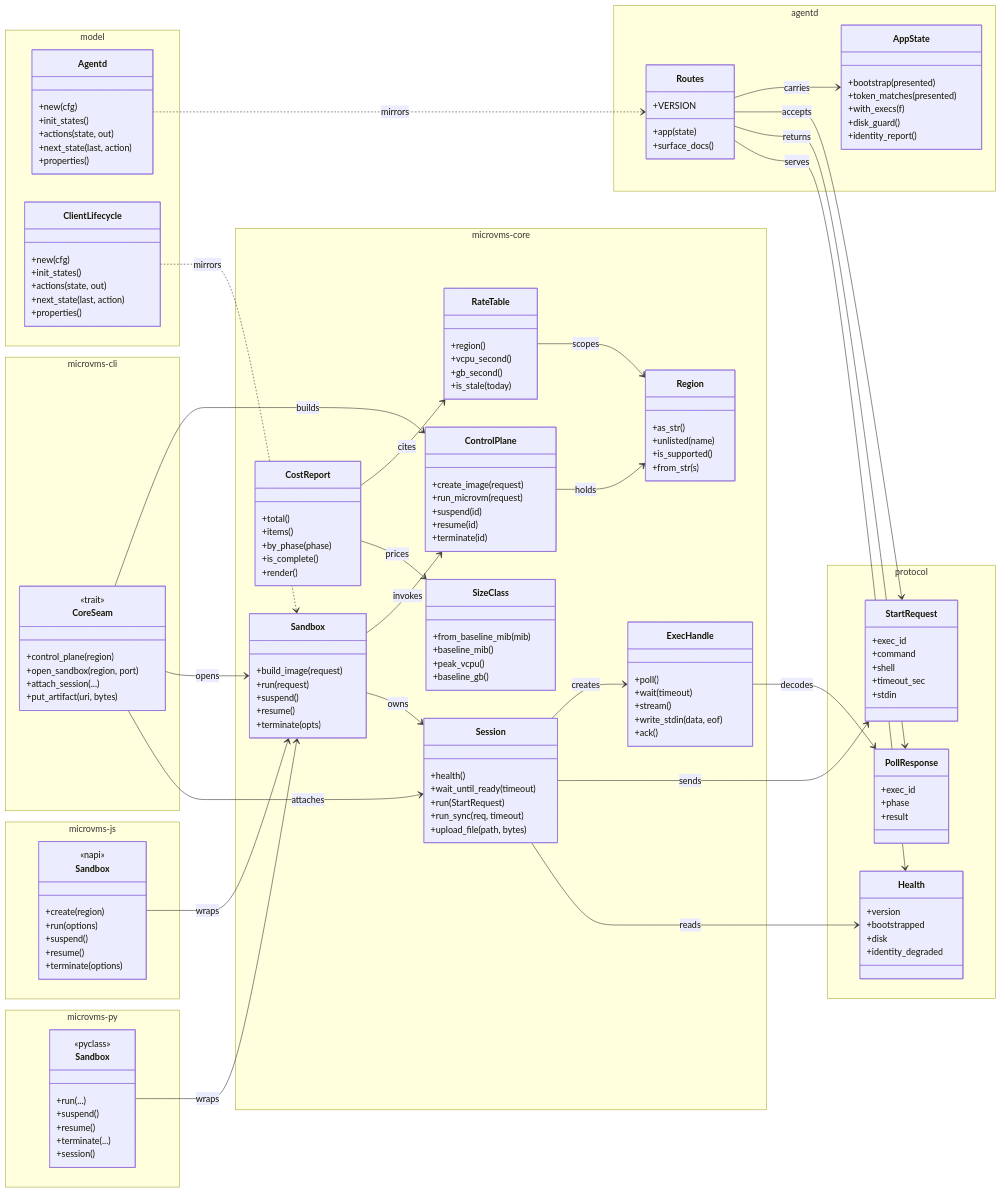
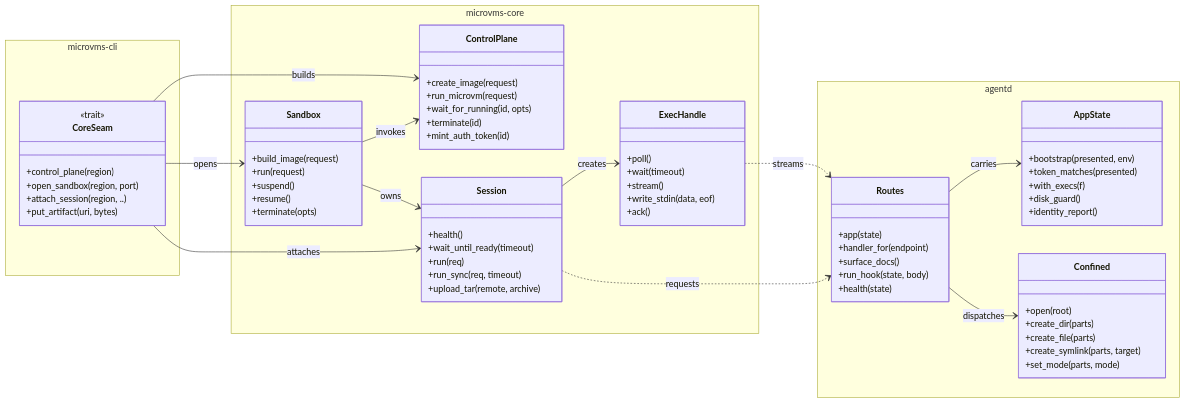
Before and after one commit to theagenticguy/microvms-agentd: the diagram in docs/diagrams/architecture/components.md, drawn with Mermaid. The commit also changed other lines of this file and 19 other files, not shown here.

````diff
--- a/docs/diagrams/architecture/components.md
+++ b/docs/diagrams/architecture/components.md
@@ -4,14 +4,17 @@
 classDiagram
     direction LR
 
+    namespace microvms-cli {
+        class CoreSeam {
+            <<trait>>
+            +control_plane(region)
+            +open_sandbox(region, port)
+            +attach_session(region, ..)
+            +put_artifact(uri, bytes)
+        }
+    }
+
     namespace microvms-core {
-        class ControlPlane {
-            +create_image(request)
-            +run_microvm(request)
-            +suspend(id)
-            +resume(id)
-            +terminate(id)
-        }
         class Sandbox {
             +build_image(request)
             +run(request)
@@ -19,12 +22,19 @@
             +resume()
             +terminate(opts)
         }
+        class ControlPlane {
+            +create_image(request)
+            +run_microvm(request)
+            +wait_for_running(id, opts)
+            +terminate(id)
+            +mint_auth_token(id)
+        }
         class Session {
             +health()
             +wait_until_ready(timeout)
-            +run(StartRequest)
+            +run(req)
             +run_sync(req, timeout)
-            +upload_file(path, bytes)
+            +upload_tar(remote, archive)
         }
         class ExecHandle {
             +poll()
@@ -33,137 +43,40 @@
             +write_stdin(data, eof)
             +ack()
         }
-        class CostReport {
-            +total()
-            +items()
-            +by_phase(phase)
-            +is_complete()
-            +render()
-        }
-        class RateTable {
-            +region()
-            +vcpu_second()
-            +gb_second()
-            +is_stale(today)
-        }
-        class Region {
-            +as_str()
-            +unlisted(name)
-            +is_supported()
-            +from_str(s)
-        }
-        class SizeClass {
-            +from_baseline_mib(mib)
-            +baseline_mib()
-            +peak_vcpu()
-            +baseline_gb()
-        }
-    }
-
-    namespace protocol {
-        class StartRequest {
-            +exec_id
-            +command
-            +shell
-            +timeout_sec
-            +stdin
-        }
-        class PollResponse {
-            +exec_id
-            +phase
-            +result
-        }
-        class Health {
-            +version
-            +bootstrapped
-            +disk
-            +identity_degraded
-        }
     }
 
     namespace agentd {
         class Routes {
             +app(state)
+            +handler_for(endpoint)
             +surface_docs()
-            +VERSION
+            +run_hook(state, body)
+            +health(state)
         }
         class AppState {
-            +bootstrap(presented)
+            +bootstrap(presented, env)
             +token_matches(presented)
             +with_execs(f)
             +disk_guard()
             +identity_report()
         }
-    }
-
-    namespace model {
-        class Agentd {
-            +new(cfg)
-            +init_states()
-            +actions(state, out)
-            +next_state(last, action)
-            +properties()
-        }
-        class ClientLifecycle {
-            +new(cfg)
-            +init_states()
-            +actions(state, out)
-            +next_state(last, action)
-            +properties()
+        class Confined {
+            +open(root)
+            +create_dir(parts)
+            +create_file(parts)
+            +create_symlink(parts, target)
+            +set_mode(parts, mode)
         }
     }
 
-    namespace microvms-cli {
-        class CoreSeam {
-            <<trait>>
-            +control_plane(region)
-            +open_sandbox(region, port)
-            +attach_session(...)
-            +put_artifact(uri, bytes)
-        }
-    }
-
-    namespace microvms-js {
-        class NodeSandbox["Sandbox"] {
-            <<napi>>
-            +create(region)
-            +run(options)
-            +suspend()
-            +resume()
-            +terminate(options)
-        }
-    }
-
-    namespace microvms-py {
-        class PySandbox["Sandbox"] {
-            <<pyclass>>
-            +run(...)
-            +suspend()
-            +resume()
-            +terminate(...)
-            +session()
-        }
-    }
-
-    Sandbox --> ControlPlane : invokes
-    Sandbox --> Session : owns
-    ControlPlane --> Region : holds
-    Session --> ExecHandle : creates
-    Session --> StartRequest : sends
-    Session --> Health : reads
-    ExecHandle --> PollResponse : decodes
-    CostReport --> RateTable : cites
-    CostReport --> SizeClass : prices
-    RateTable --> Region : scopes
-    Routes --> AppState : carries
-    Routes --> StartRequest : accepts
-    Routes --> PollResponse : returns
-    Routes --> Health : serves
     CoreSeam --> ControlPlane : builds
     CoreSeam --> Sandbox : opens
     CoreSeam --> Session : attaches
-    NodeSandbox --> Sandbox : wraps
-    PySandbox --> Sandbox : wraps
-    Agentd ..> Routes : mirrors
-    ClientLifecycle ..> Sandbox : mirrors
+    Sandbox --> ControlPlane : invokes
+    Sandbox --> Session : owns
+    Session --> ExecHandle : creates
+    Session ..> Routes : requests
+    ExecHandle ..> Routes : streams
+    Routes --> AppState : carries
+    Routes --> Confined : dispatches
 ```
````
